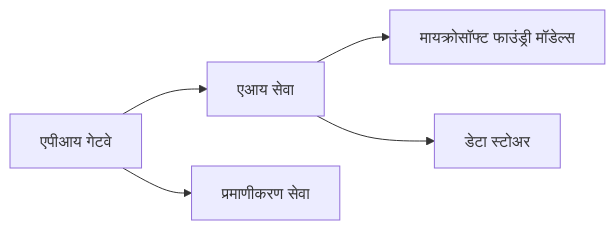
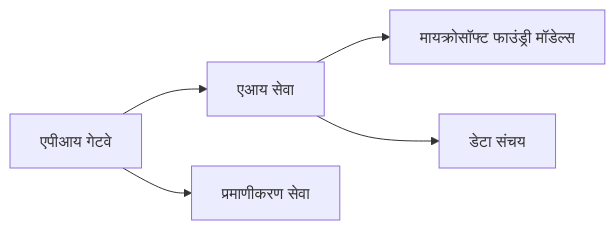
Before and after one commit to microsoft/AZD-for-beginners: the first of 2 diagrams in translations/mr/docs/chapter-08-production/README.md, drawn with Mermaid. The commit also changed other lines of this file and 104 other files, not shown here.

````diff
--- a/translations/mr/docs/chapter-08-production/README.md
+++ b/translations/mr/docs/chapter-08-production/README.md
@@ -48,6 +48,6 @@
 ```mermaid
 graph LR
     Gateway[एपीआय गेटवे] --> AI[एआय सेवा] --> Models[मायक्रोसॉफ्ट फाउंड्री मॉडेल्स]
     Gateway --> Auth[प्रमाणीकरण सेवा]
-    AI --> Data[डेटा स्टोअर]
+    AI --> Data[डेटा संचय]
 ```
````
